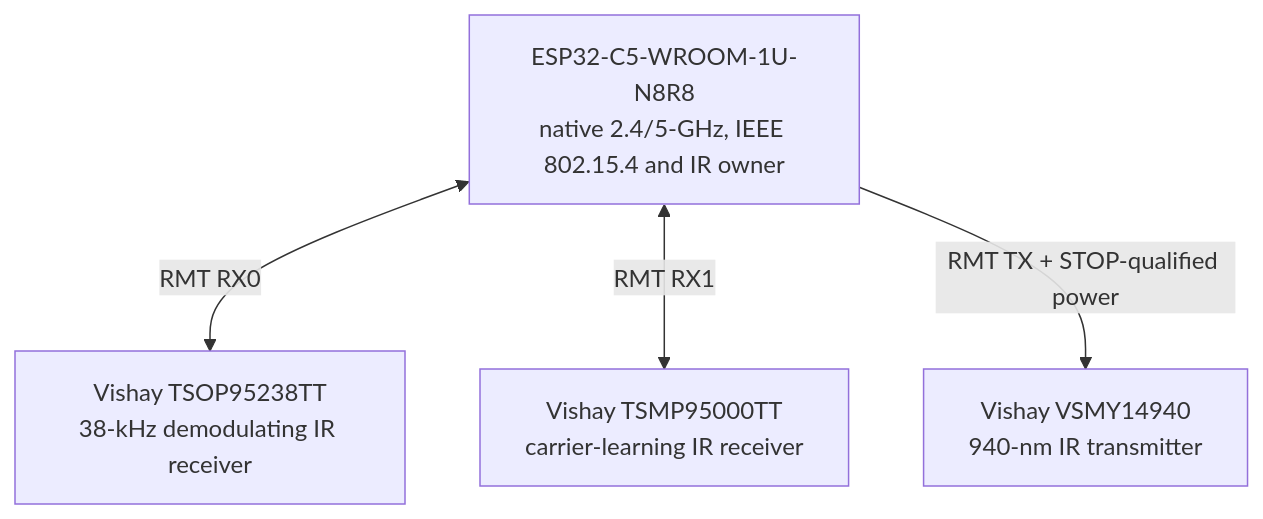
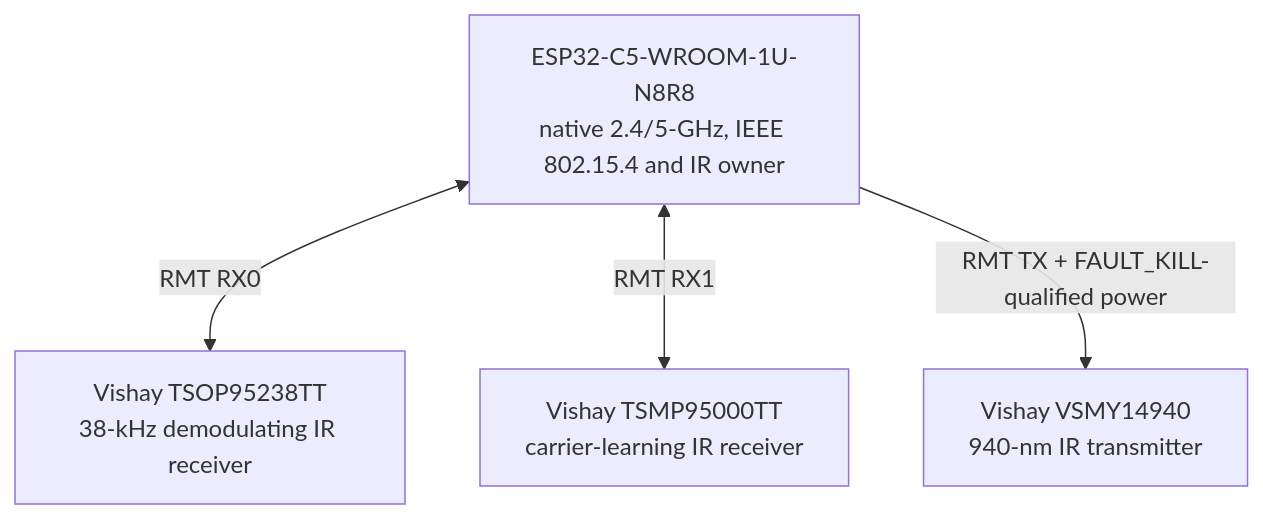
Before and after one commit to anton-vinogradov/esp32-leshy2: the third of 10 diagrams in README.md, drawn with Mermaid. The commit also changed other lines of this file and 25 other files, not shown here.

Commit message:
Replace stop controls with monitored RUN KILL safety

````diff
--- a/README.md
+++ b/README.md
@@ -108,10 +109,10 @@
 ```mermaid
 flowchart TD
 C5["ESP32-C5-WROOM-1U-N8R8<br/>native 2.4/5-GHz, IEEE 802.15.4 and IR owner"]
 IR_DEMOD["Vishay TSOP95238TT<br/>38-kHz demodulating IR receiver"]
 IR_CARRIER["Vishay TSMP95000TT<br/>carrier-learning IR receiver"]
 IR_EMITTER["Vishay VSMY14940<br/>940-nm IR transmitter"]
   C5 <-->|"RMT RX0"| IR_DEMOD
   C5 <-->|"RMT RX1"| IR_CARRIER
-  C5 -->|"RMT TX + STOP-qualified power"| IR_EMITTER
+  C5 -->|"RMT TX + FAULT_KILL-qualified power"| IR_EMITTER
 ```
````
